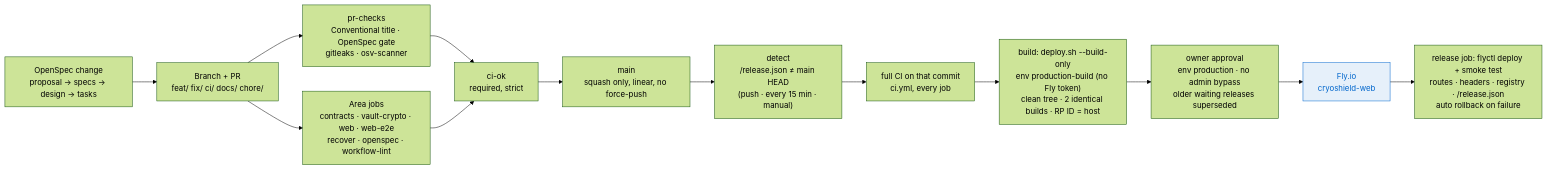
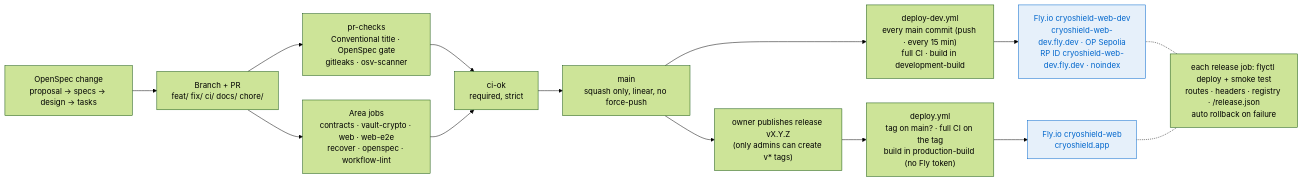
The fifth of 5 diagrams in docs/system-design.md (prix0007/cryoshield), drawn with Mermaid (forest theme) before and after one commit. The commit also changed other lines of this file and 48 other files, not shown here.

First line of the commit message:
ci: deploy main to dev, releases to production (#33)

````diff
--- a/docs/system-design.md
+++ b/docs/system-design.md
@@ -147,23 +147,26 @@
 ```mermaid
 flowchart LR
   spec["OpenSpec change<br/>proposal → specs → design → tasks"]
   pr["Branch + PR<br/>feat/ fix/ ci/ docs/ chore/"]
   checks["pr-checks<br/>Conventional title · OpenSpec gate<br/>gitleaks · osv-scanner"]
   jobs["Area jobs<br/>contracts · vault-crypto · web · web-e2e<br/>recover · openspec · workflow-lint"]
   ok["ci-ok<br/>required, strict"]
   main["main<br/>squash only, linear, no force-push"]
-  detect["detect<br/>/release.json ≠ main HEAD<br/>(push · every 15 min · manual)"]
-  full["full CI on that commit<br/>ci.yml, every job"]
-  deploy["build: deploy.sh --build-only<br/>env production-build (no Fly token)<br/>clean tree · 2 identical builds · RP ID = host"]
-  approve["owner approval<br/>env production · no admin bypass<br/>older waiting releases superseded"]
-  fly["Fly.io<br/>cryoshield-web"]
-  smoke["release job: flyctl deploy + smoke test<br/>routes · headers · registry · /release.json<br/>auto rollback on failure"]
+  devpipe["deploy-dev.yml<br/>every main commit (push · every 15 min)<br/>full CI · build in development-build"]
+  dev["Fly.io cryoshield-web-dev<br/>cryoshield-web-dev.fly.dev · OP Sepolia<br/>RP ID cryoshield-web-dev.fly.dev · noindex"]
+  release["owner publishes release vX.Y.Z<br/>(only admins can create v* tags)"]
+  prodpipe["deploy.yml<br/>tag on main? · full CI on the tag<br/>build in production-build (no Fly token)"]
+  prod["Fly.io cryoshield-web<br/>cryoshield.app"]
+  smoke["each release job: flyctl deploy + smoke test<br/>routes · headers · registry · /release.json<br/>auto rollback on failure"]
 
   spec --> pr
   pr --> checks --> ok
   pr --> jobs --> ok
-  ok --> main --> detect --> full --> deploy --> approve --> fly --> smoke
+  ok --> main --> devpipe --> dev
+  main --> release --> prodpipe --> prod
+  dev -.- smoke
+  prod -.- smoke
 
   classDef ours fill:#e6f0fa,stroke:#0066cc,color:#0066cc;
-  class fly ours;
+  class dev,prod ours;
 ```
````
